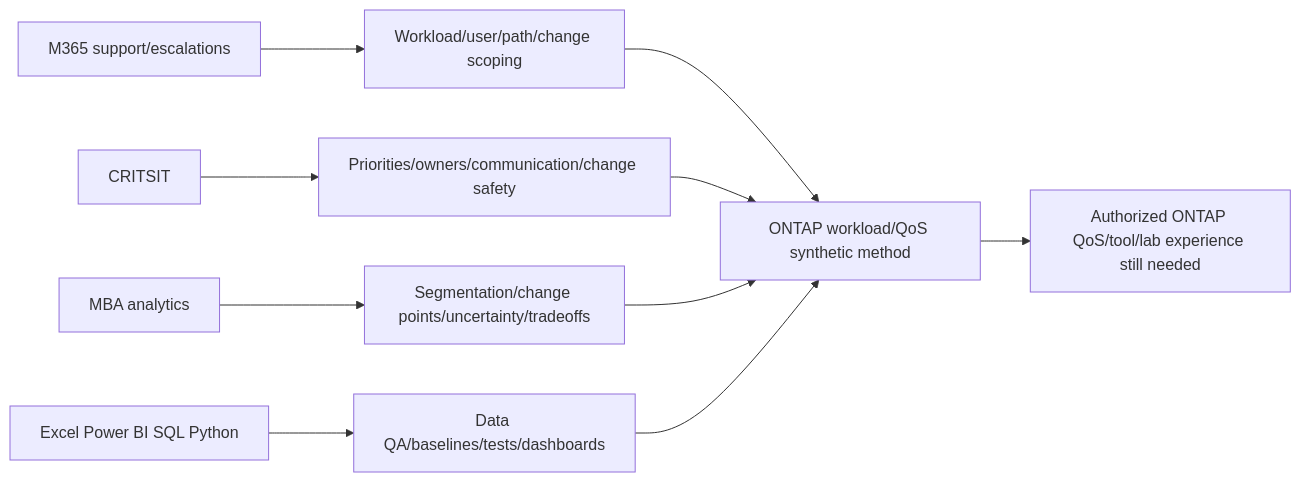
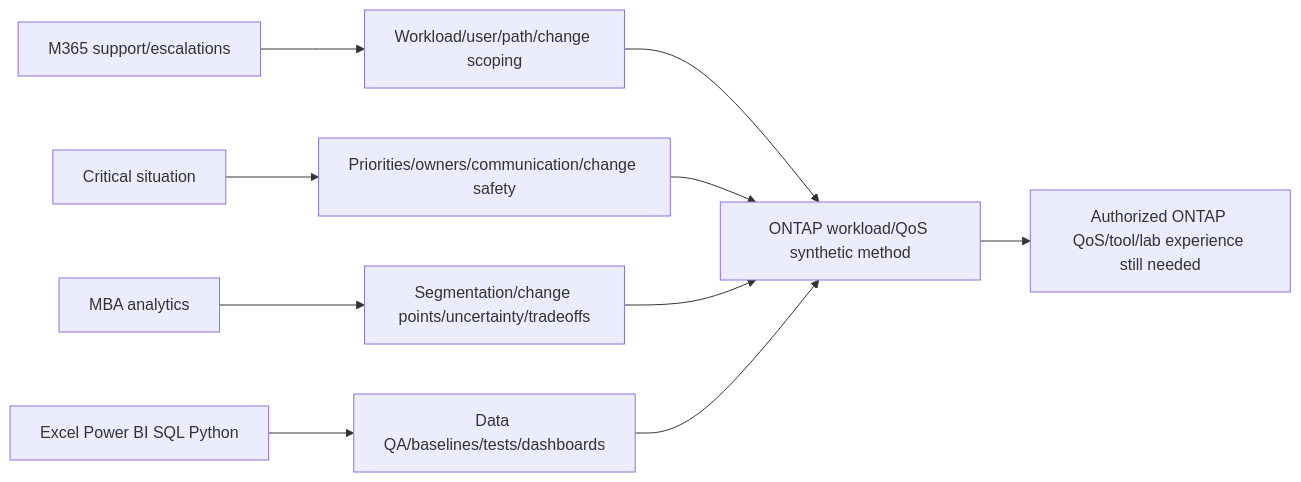
Diagram 30 of 31 in NetApp TAM/prep/Part-44-workload-baselines-bottlenecks-qos.md (hichauhan-in/Interview-Prep), drawn with Mermaid before and after one commit. The commit also changed other lines of this file and 493 other files, not shown here.

````diff
--- a/NetApp TAM/prep/Part-44-workload-baselines-bottlenecks-qos.md
+++ b/NetApp TAM/prep/Part-44-workload-baselines-bottlenecks-qos.md
@@ -945,12 +945,12 @@
 ```mermaid
 flowchart LR
     M365[M365 support/escalations] --> PATH[Workload/user/path/change scoping]
-    CRIT[CRITSIT] --> SAFE[Priorities/owners/communication/change safety]
+    CRIT[Critical situation] --> SAFE[Priorities/owners/communication/change safety]
     MBA[MBA analytics] --> BASE[Segmentation/change points/uncertainty/tradeoffs]
     BI[Excel Power BI SQL Python] --> TEST[Data QA/baselines/tests/dashboards]
     PATH --> METHOD[ONTAP workload/QoS synthetic method]
     SAFE --> METHOD
     BASE --> METHOD
     TEST --> METHOD
     METHOD --> GAP[Authorized ONTAP QoS/tool/lab experience still needed]
 ```
````
